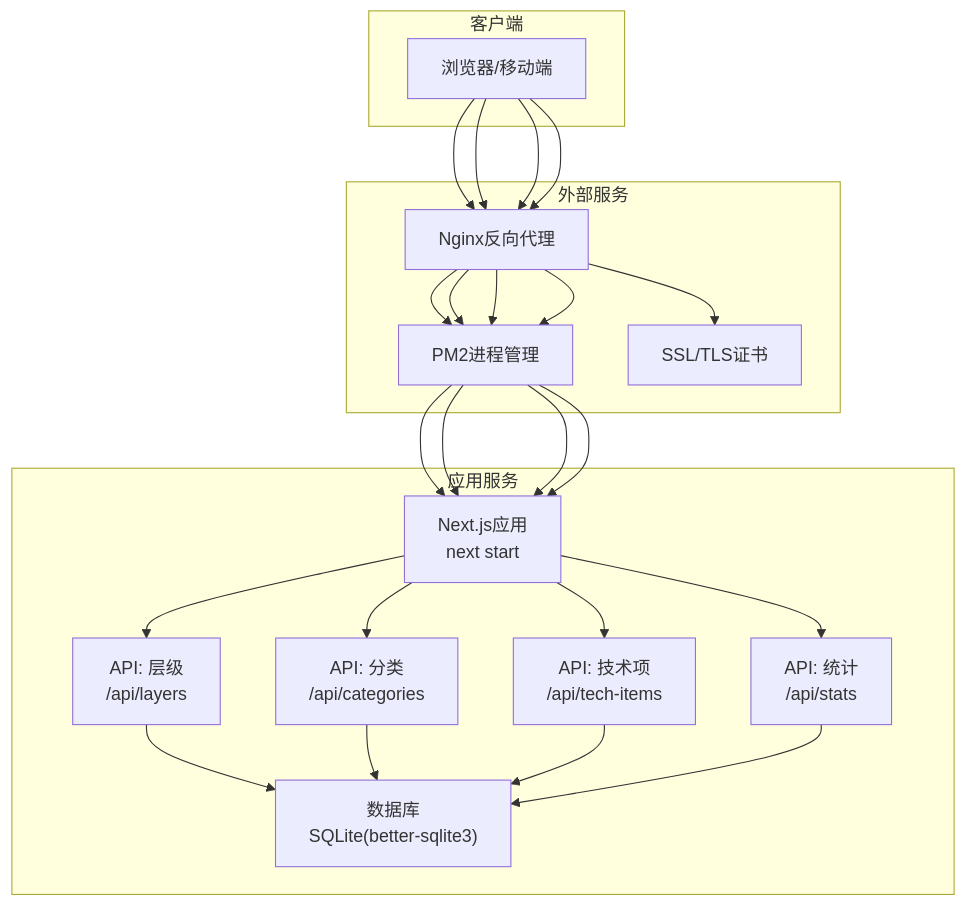
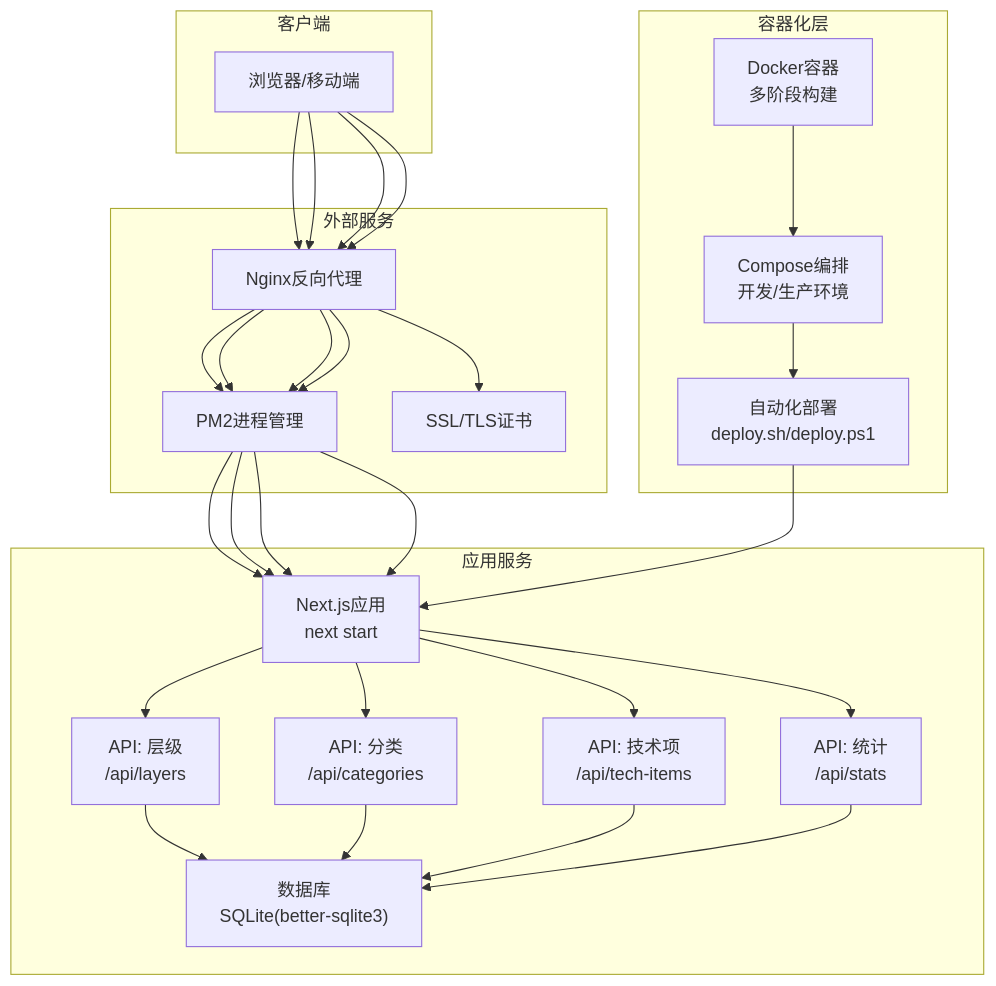
One commit to tutusiji/lantu-next changed the second of 7 diagrams in .qoder/repowiki/zh/content/部署指南.md. Above: the diagram before and after it, drawn with Mermaid. The commit also changed other lines of this file and 22 other files, not shown here.

````diff
--- a/.qoder/repowiki/zh/content/部署指南.md
+++ b/.qoder/repowiki/zh/content/部署指南.md
@@ -97,24 +134,30 @@
 ```mermaid
 graph TB
 subgraph "客户端"
 U["浏览器/移动端"]
 end
 subgraph "应用服务"
 R["Next.js应用<br/>next start"]
 A1["API: 层级<br/>/api/layers"]
 A2["API: 分类<br/>/api/categories"]
 A3["API: 技术项<br/>/api/tech-items"]
 A4["API: 统计<br/>/api/stats"]
 D["数据库<br/>SQLite(better-sqlite3)"]
 end
+subgraph "容器化层"
+C1["Docker容器<br/>多阶段构建"]
+C2["Compose编排<br/>开发/生产环境"]
+C3["自动化部署<br/>deploy.sh/deploy.ps1"]
+end
 subgraph "外部服务"
 P["PM2进程管理"]
 N["Nginx反向代理"]
 S["SSL/TLS证书"]
 end
 U --> N --> P --> R --> A1 --> D
 U --> N --> P --> R --> A2 --> D
 U --> N --> P --> R --> A3 --> D
 U --> N --> P --> R --> A4 --> D
 N --> S
+C1 --> C2 --> C3 --> R
 ```
````
